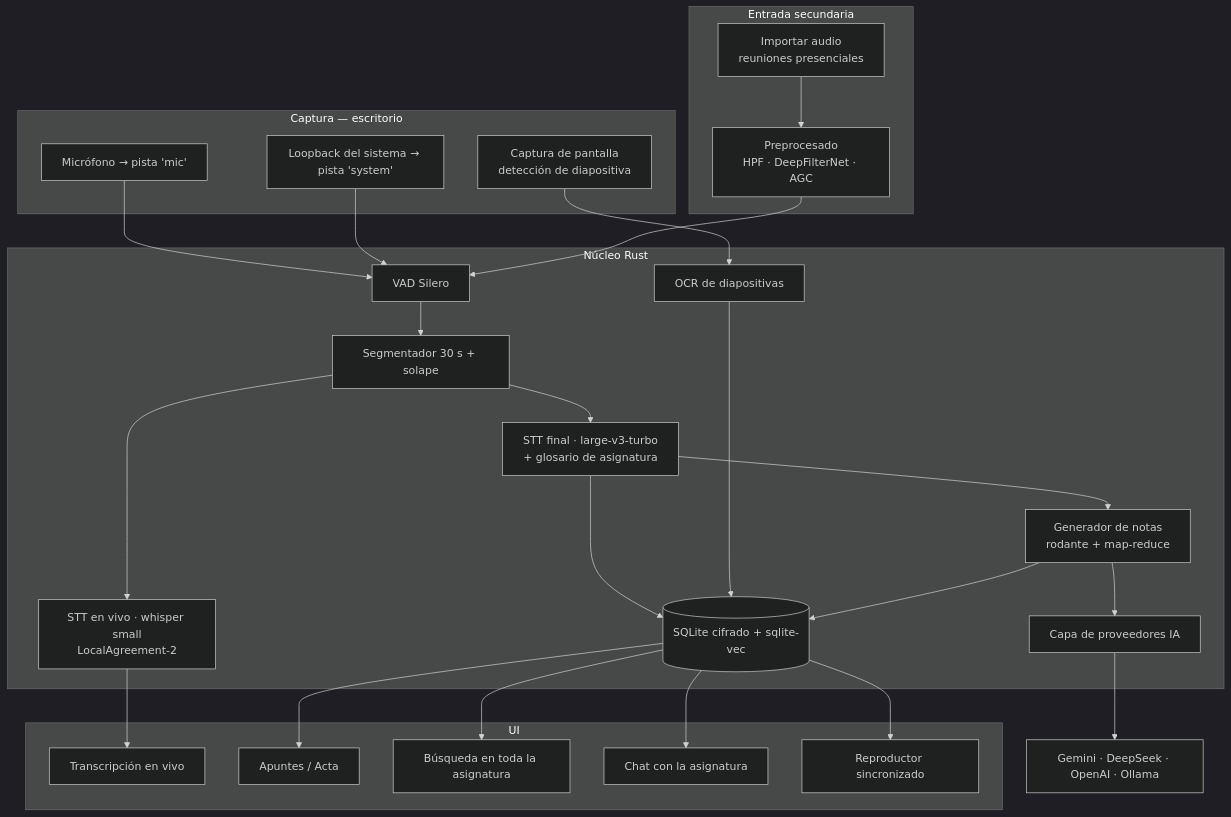
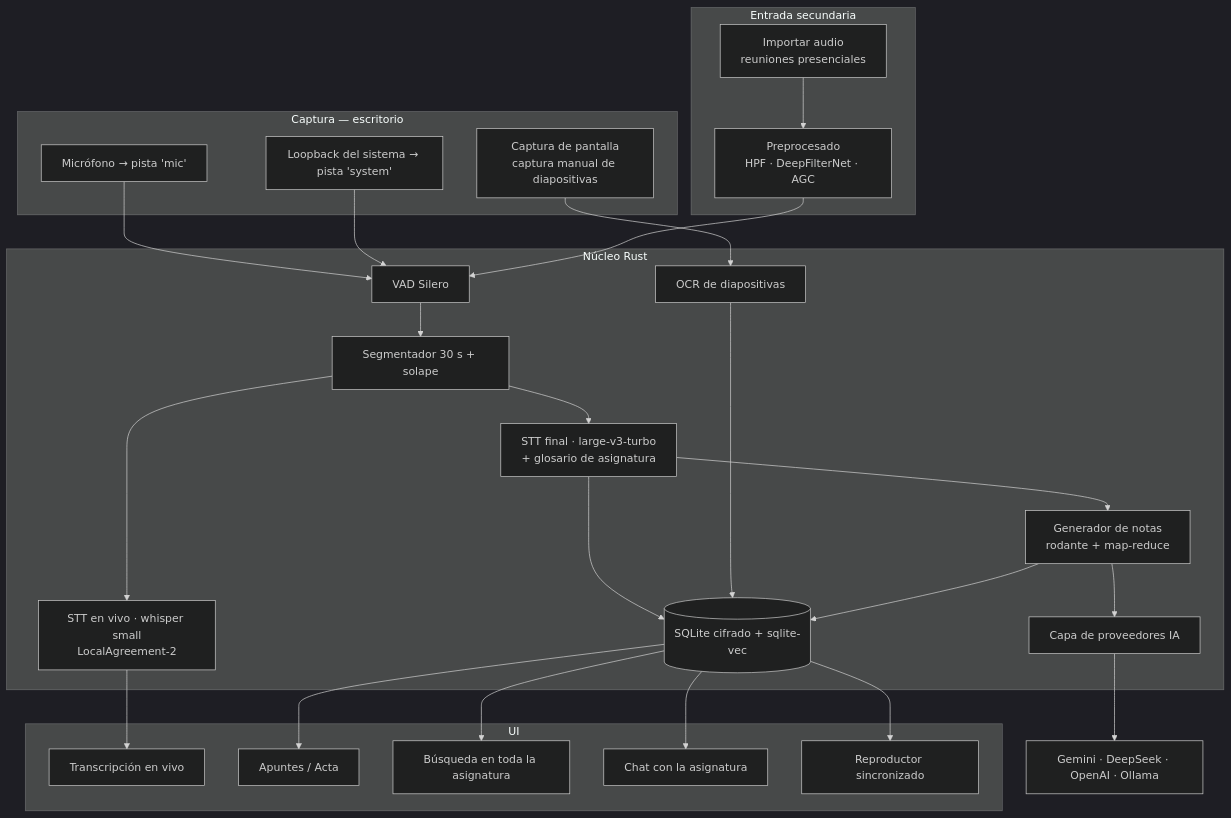
One commit to naunflores620/dictar-ia changed the diagram in docs/01-arquitectura.md. Above: the diagram before and after it, drawn with Mermaid (dark theme). The commit also changed other lines of this file and 77 other files, not shown here.

````diff
--- a/docs/01-arquitectura.md
+++ b/docs/01-arquitectura.md
@@ -192,43 +158,43 @@
 ```mermaid
 flowchart TB
     subgraph CAP["Captura — escritorio"]
         MIC[Micrófono → pista 'mic']
         LOOP[Loopback del sistema → pista 'system']
-        SCR[Captura de pantalla<br/>detección de diapositiva]
+        SCR[Captura de pantalla<br/>captura manual de diapositivas]
     end
 
     subgraph IMP["Entrada secundaria"]
         FILE[Importar audio<br/>reuniones presenciales]
         PRE[Preprocesado<br/>HPF · DeepFilterNet · AGC]
     end
 
     subgraph CORE["Núcleo Rust"]
         VAD[VAD Silero]
         SEG[Segmentador 30 s + solape]
         LIVE[STT en vivo · whisper small<br/>LocalAgreement-2]
         FINAL[STT final · large-v3-turbo<br/>+ glosario de asignatura]
         OCR[OCR de diapositivas]
         NOTES[Generador de notas<br/>rodante + map-reduce]
         PROV[Capa de proveedores IA]
         DB[(SQLite cifrado + sqlite-vec)]
     end
 
     subgraph UI["UI"]
         TRANS[Transcripción en vivo]
         DOC[Apuntes / Acta]
         BUSCA[Búsqueda en toda la asignatura]
         CHAT[Chat con la asignatura]
         PLAY[Reproductor sincronizado]
     end
 
     EXT[Gemini · DeepSeek · OpenAI · Ollama]
 
     MIC & LOOP --> VAD
     FILE --> PRE --> VAD
     VAD --> SEG --> LIVE --> TRANS
     SEG --> FINAL --> DB
     SCR --> OCR --> DB
     FINAL --> NOTES --> PROV --> EXT
     NOTES --> DB
     DB --> DOC & BUSCA & CHAT & PLAY
 ```
````
